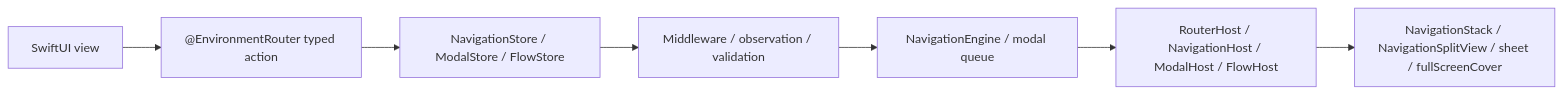
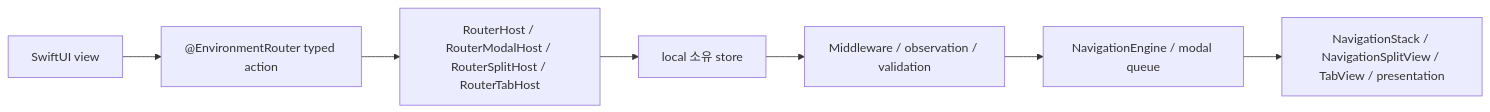
One commit to InnoSquadCorp/InnoRouter changed the first of 2 diagrams in README.ko.md. Above: the diagram before and after it, drawn with Mermaid. The commit also changed other lines of this file and 1 other file, not shown here.

````diff
--- a/README.ko.md
+++ b/README.ko.md
@@ -334,9 +362,9 @@
 ```mermaid
 flowchart LR
     View["SwiftUI view"] --> Actions["@EnvironmentRouter typed action"]
-    Actions --> Store["NavigationStore / ModalStore / FlowStore"]
+    Actions --> Host["RouterHost / RouterModalHost / RouterSplitHost / RouterTabHost"]
+    Host --> Store["local 소유 store"]
     Store --> Policy["Middleware / observation / validation"]
     Policy --> Execution["NavigationEngine / modal queue"]
-    Execution --> Host["RouterHost / NavigationHost / ModalHost / FlowHost"]
-    Host --> System["NavigationStack / NavigationSplitView / sheet / fullScreenCover"]
+    Execution --> System["NavigationStack / NavigationSplitView / TabView / presentation"]
 ```
````
